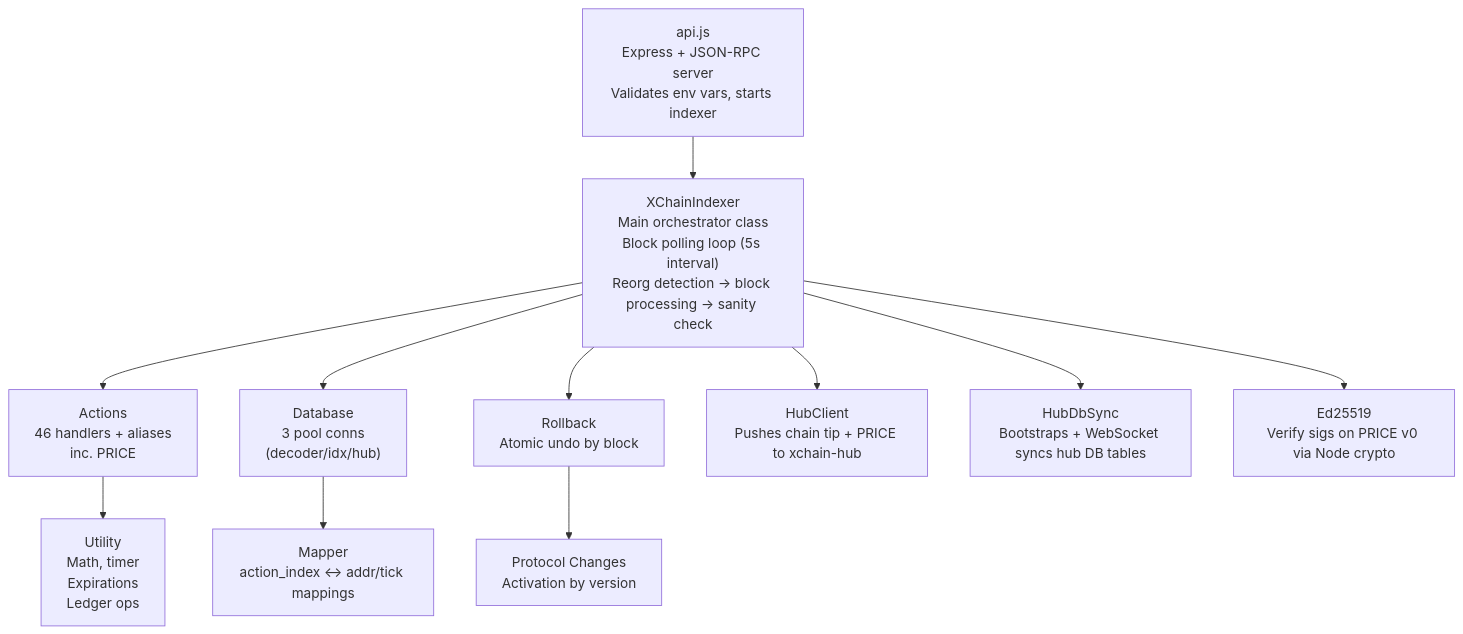
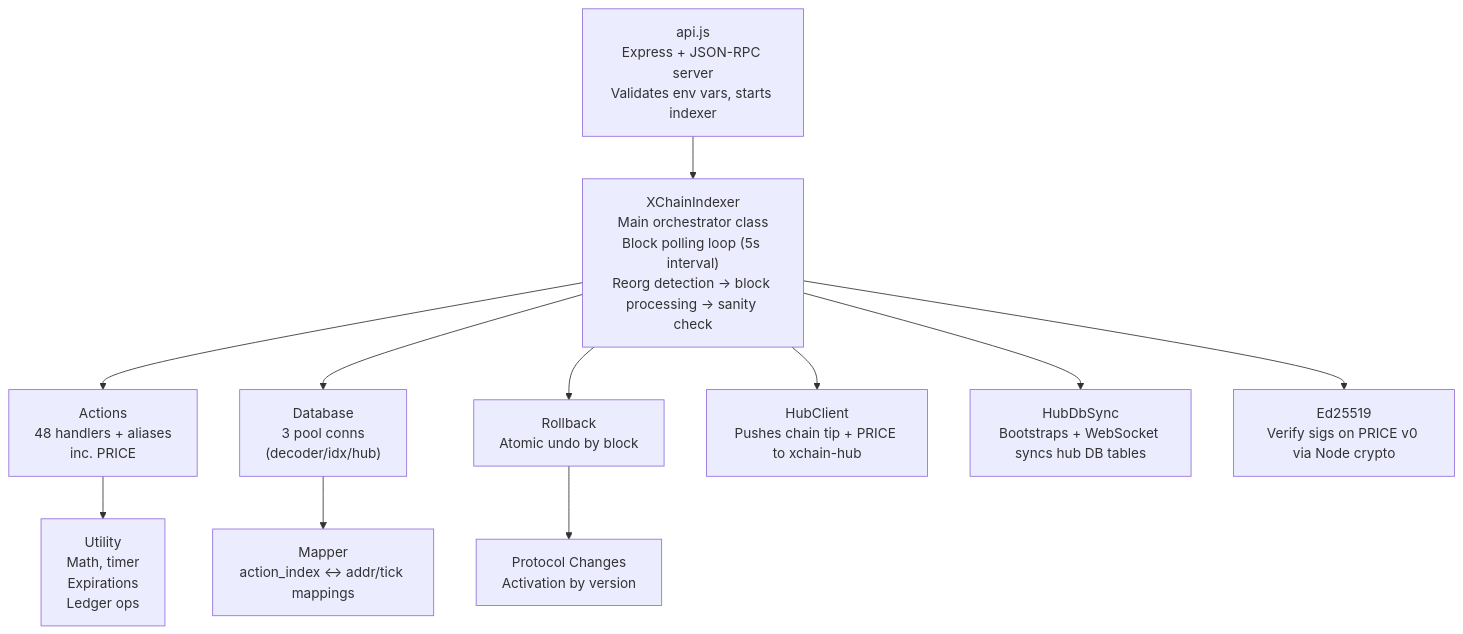
The second of 4 diagrams in components/indexer/architecture.md (XChain-Platform/xchain-documentation), drawn with Mermaid before and after one commit. The commit also changed other lines of this file and 2 other files, not shown here.

Commit message:
docs(indexer,decoder): the handler-class count contradicted itself at 48 vs 46, settled by counting three independent ways

````diff
--- a/components/indexer/architecture.md
+++ b/components/indexer/architecture.md
@@ -39,25 +39,25 @@
 ```mermaid
 flowchart TD
     API["api.js<br>Express + JSON-RPC server<br>Validates env vars, starts indexer"]
     XI["XChainIndexer<br>Main orchestrator class<br>Block polling loop (5s interval)<br>Reorg detection → block processing → sanity check"]
-    ACTIONS["Actions<br>46 handlers + aliases<br>inc. PRICE"]
+    ACTIONS["Actions<br>48 handlers + aliases<br>inc. PRICE"]
     DB["Database<br>3 pool conns<br>(decoder/idx/hub)"]
     ROLLBACK["Rollback<br>Atomic undo by block"]
     UTIL["Utility<br>Math, timer<br>Expirations<br>Ledger ops"]
     MAPPER["Mapper<br>action_index ↔ addr/tick mappings"]
     PROTOCOL["Protocol Changes<br>Activation by version"]
     HUBCLIENT["HubClient<br>Pushes chain tip + PRICE to xchain-hub"]
     HUBDBSYNC["HubDbSync<br>Bootstraps + WebSocket syncs hub DB tables"]
     ED25519["Ed25519<br>Verify sigs on PRICE v0 via Node crypto"]
 
     API --> XI
     XI --> ACTIONS
     XI --> DB
     XI --> ROLLBACK
     ACTIONS --> UTIL
     DB --> MAPPER
     ROLLBACK --> PROTOCOL
     XI --> HUBCLIENT
     XI --> HUBDBSYNC
     XI --> ED25519
 ```
````
